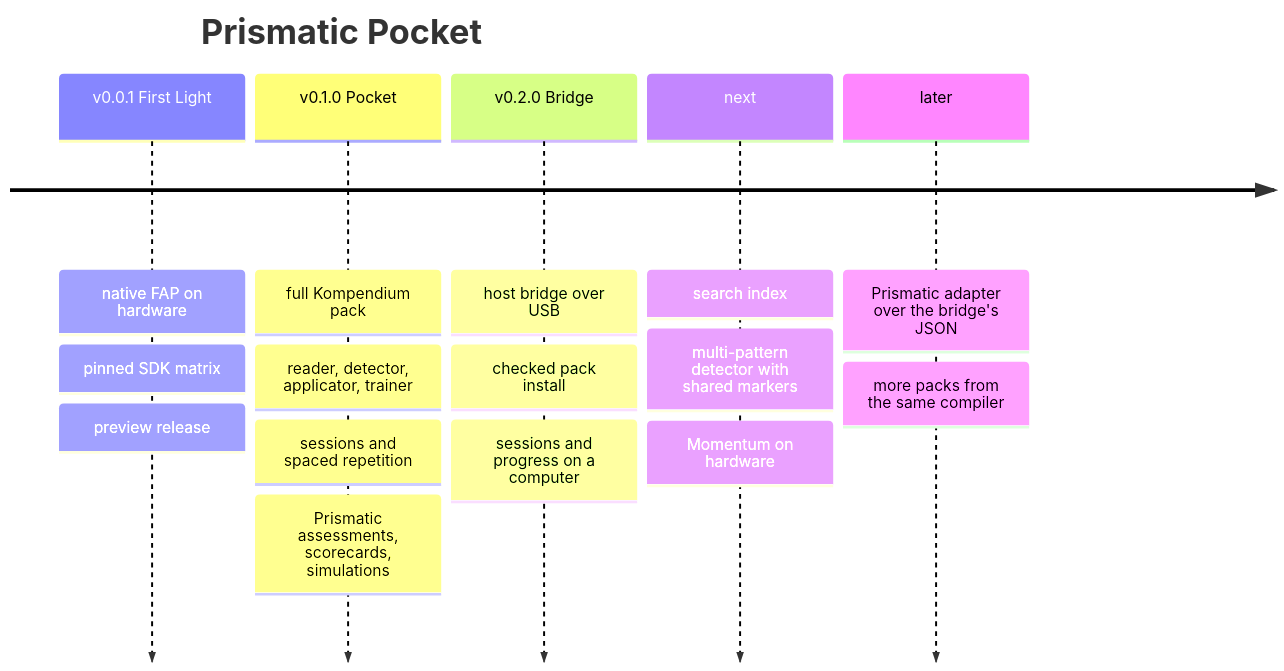
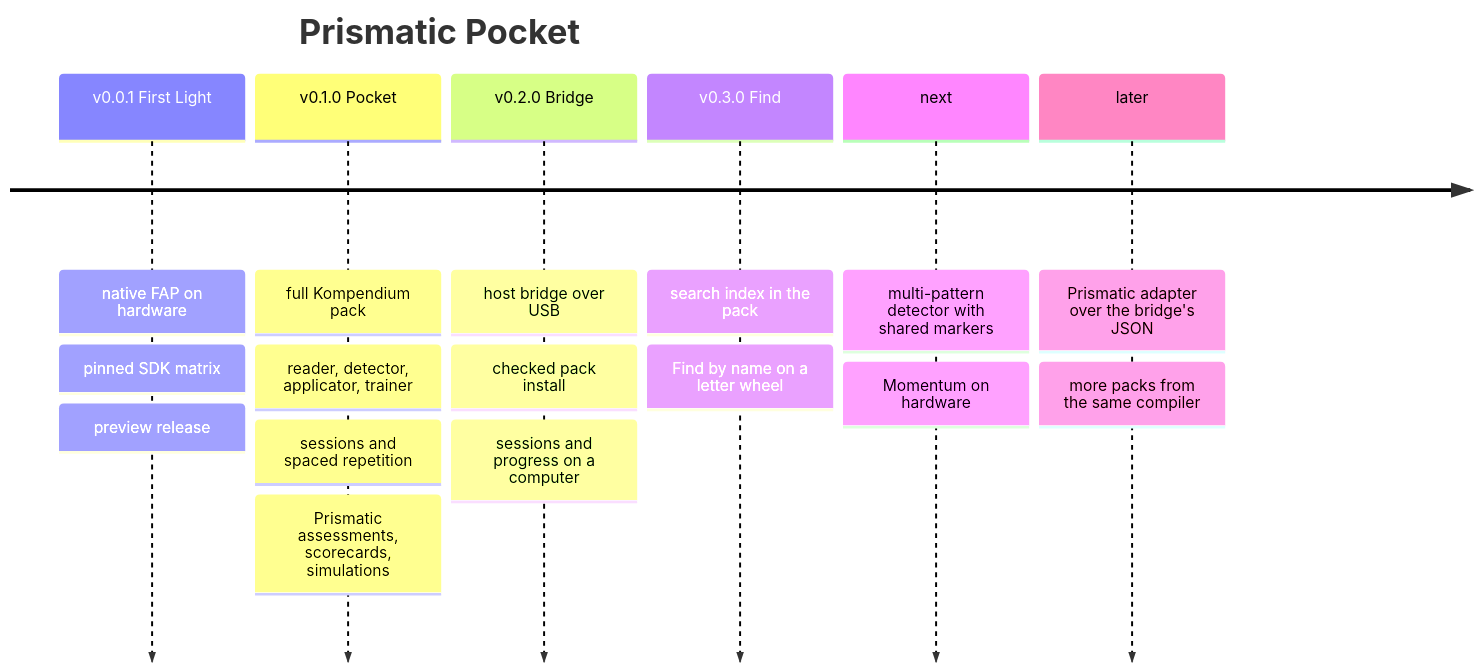
Before and after one commit to korczis/prismatic-flipperzero: the third of 3 diagrams in README.md, drawn with Mermaid. The commit also changed other lines of this file and 9 other files, not shown here.

First line of the commit message:
chore(release): 0.3.0 Find: version, changelog, release notes, roadmap

````diff
--- a/README.md
+++ b/README.md
@@ -519,9 +519,10 @@
 ```mermaid
 timeline
   title Prismatic Pocket
   v0.0.1 First Light : native FAP on hardware : pinned SDK matrix : preview release
   v0.1.0 Pocket : full Kompendium pack : reader, detector, applicator, trainer : sessions and spaced repetition : Prismatic assessments, scorecards, simulations
   v0.2.0 Bridge : host bridge over USB : checked pack install : sessions and progress on a computer
-  next : search index : multi-pattern detector with shared markers : Momentum on hardware
+  v0.3.0 Find : search index in the pack : Find by name on a letter wheel
+  next : multi-pattern detector with shared markers : Momentum on hardware
   later : Prismatic adapter over the bridge's JSON : more packs from the same compiler
 ```
````
